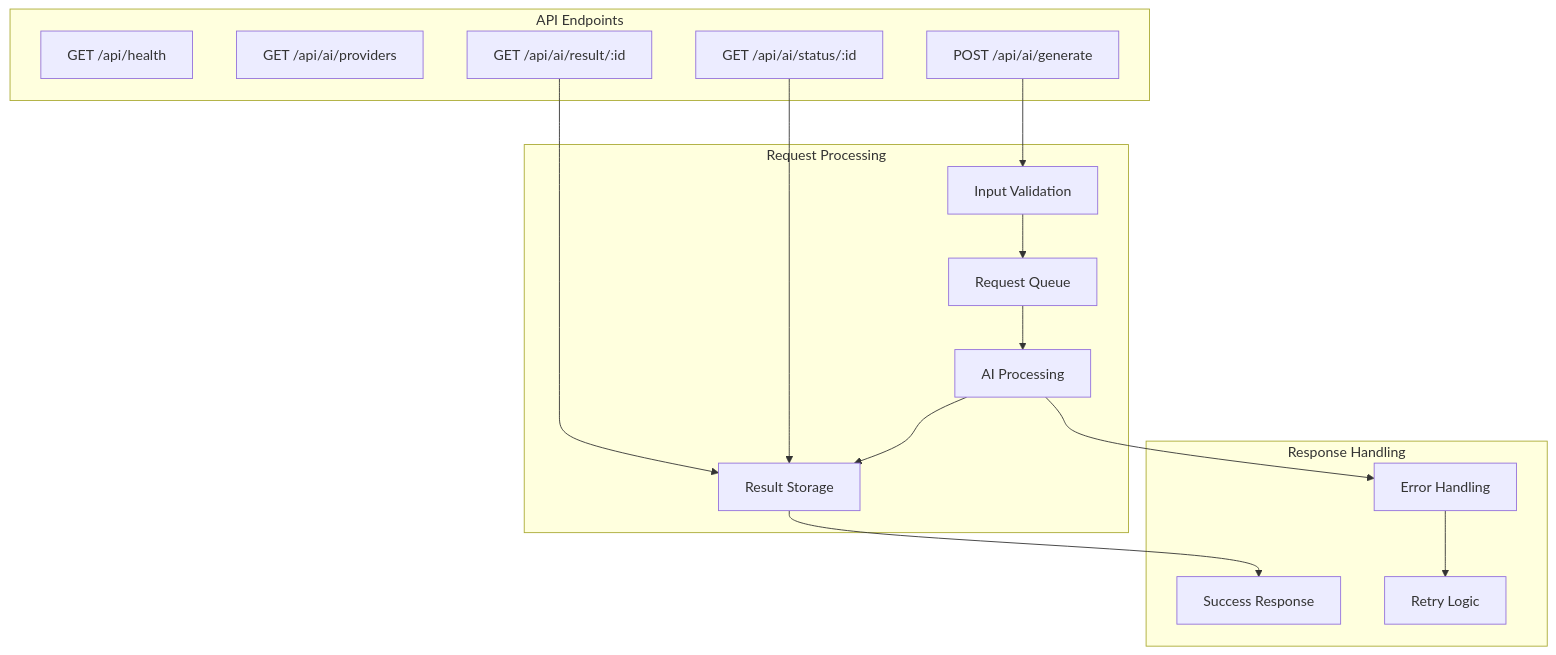
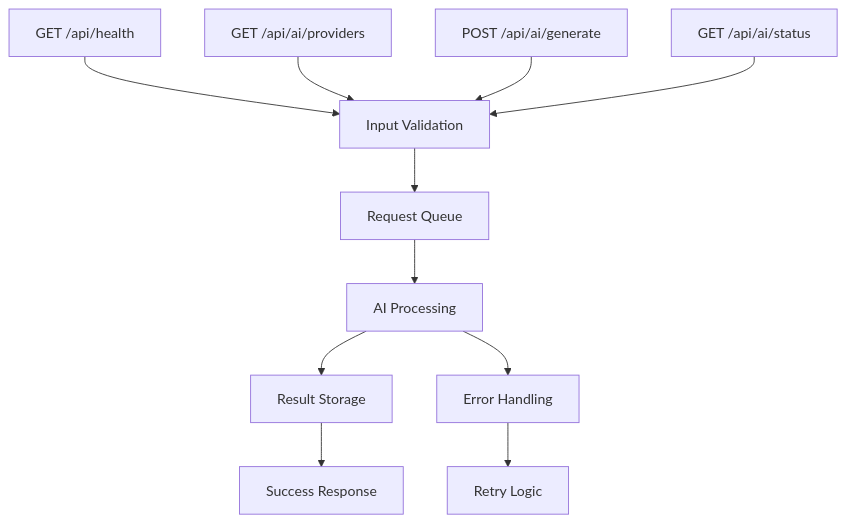
One commit to MariyamSeemab/KiroWeek4 changed the fifth of 9 diagrams in retro-ai-paint/ARCHITECTURE.md. Above: the diagram before and after it, drawn with Mermaid. The commit also changed other lines of this file and 7 other files, not shown here.

````diff
--- a/retro-ai-paint/ARCHITECTURE.md
+++ b/retro-ai-paint/ARCHITECTURE.md
@@ -193,35 +125,15 @@
 ```mermaid
-graph TB
-    subgraph "API Endpoints"
-        Health[GET /api/health]
-        Providers[GET /api/ai/providers]
-        Generate[POST /api/ai/generate]
-        Status[GET /api/ai/status/:id]
-        Result[GET /api/ai/result/:id]
-    end
+graph TD
+    A[GET /api/health] --> E[Input Validation]
+    B[GET /api/ai/providers] --> E
+    C[POST /api/ai/generate] --> E
+    D[GET /api/ai/status] --> E
     
-    subgraph "Request Processing"
-        Validation[Input Validation]
-        Queue[Request Queue]
-        Processing[AI Processing]
-        Storage[Result Storage]
-    end
+    E --> F[Request Queue]
+    F --> G[AI Processing]
+    G --> H[Result Storage]
     
-    subgraph "Response Handling"
-        Success[Success Response]
-        Error[Error Handling]
-        Retry[Retry Logic]
-    end
-    
-    Generate --> Validation
-    Validation --> Queue
-    Queue --> Processing
-    Processing --> Storage
-    
-    Storage --> Success
-    Processing --> Error
-    Error --> Retry
-    
-    Status --> Storage
-    Result --> Storage
+    H --> I[Success Response]
+    G --> J[Error Handling]
+    J --> K[Retry Logic]
 ```
````
